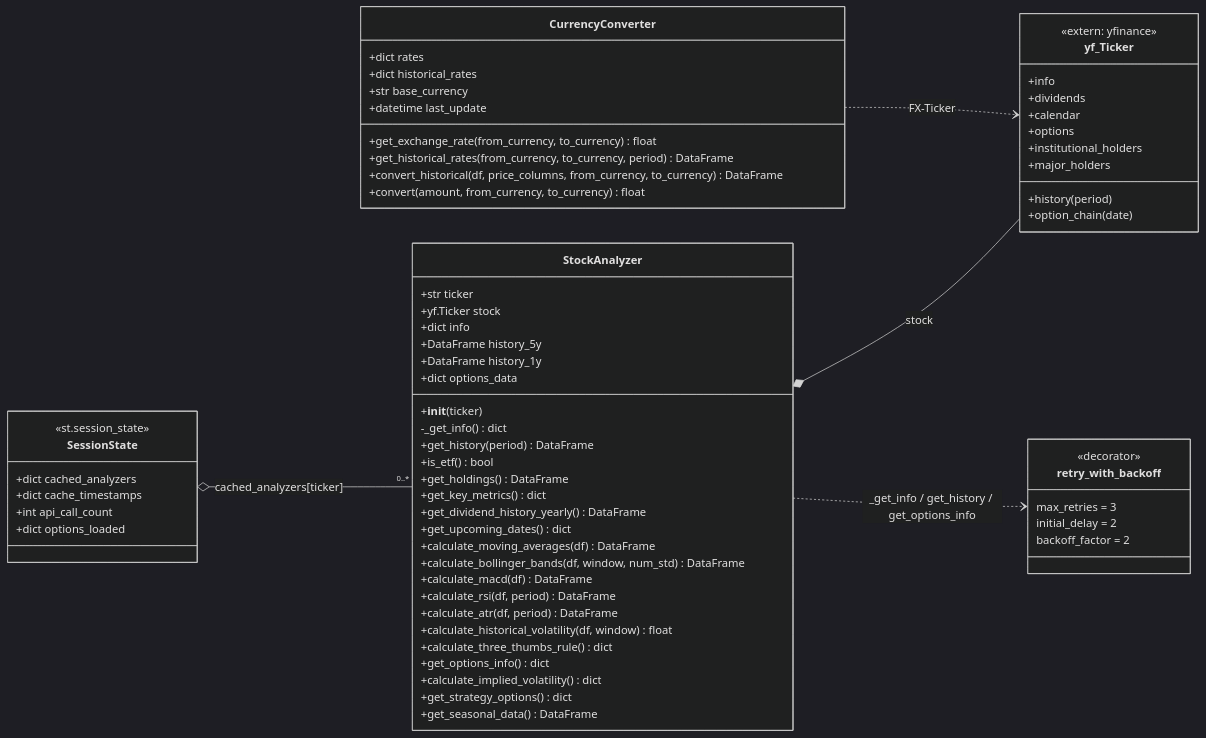
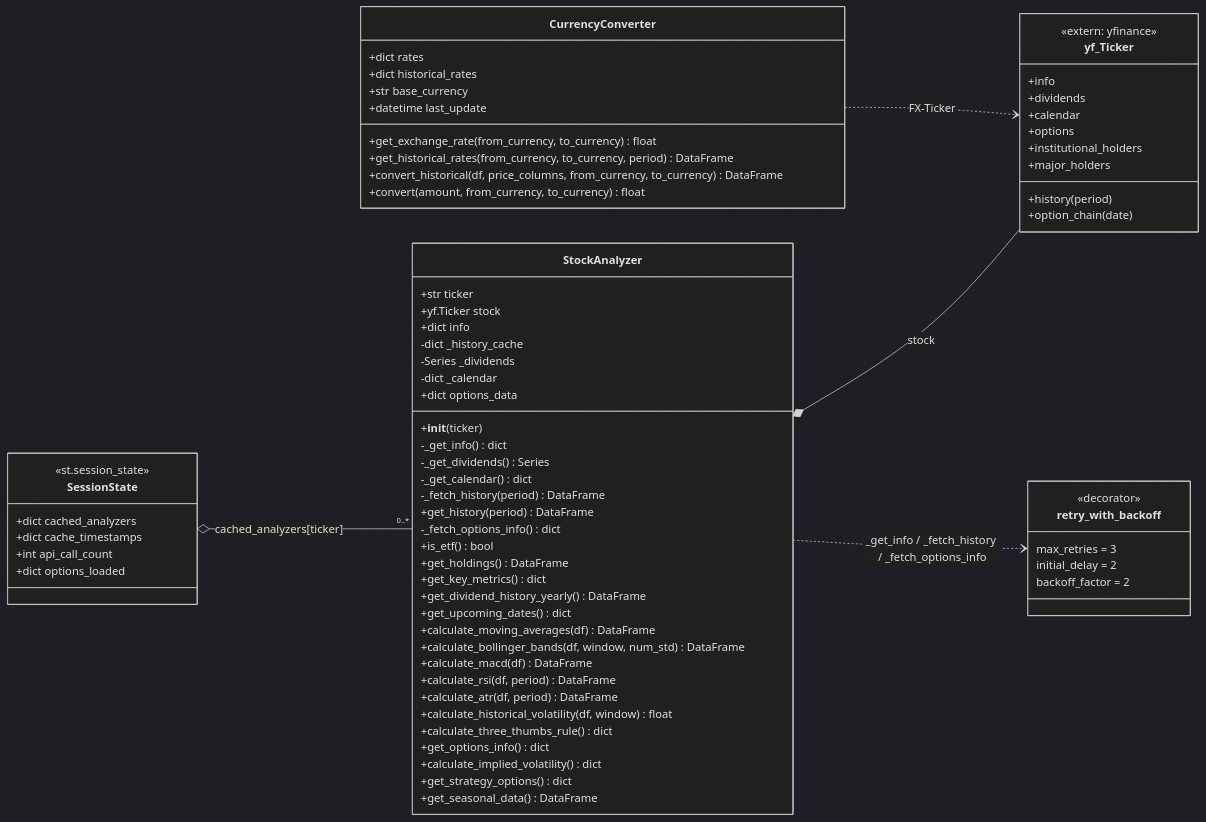
The first of 6 diagrams in docs/03_Klassen_und_Funktionsdiagramme.md (ernoe99/Aktienanalyse_1), drawn with Mermaid (dark theme) before and after one commit. The commit also changed other lines of this file and 6 other files, not shown here.

````diff
--- a/docs/03_Klassen_und_Funktionsdiagramme.md
+++ b/docs/03_Klassen_und_Funktionsdiagramme.md
@@ -5,75 +5,80 @@
 ```mermaid
 classDiagram
     direction LR
 
     class CurrencyConverter {
         +dict rates
         +dict historical_rates
         +str base_currency
         +datetime last_update
         +get_exchange_rate(from_currency, to_currency) float
         +get_historical_rates(from_currency, to_currency, period) DataFrame
         +convert_historical(df, price_columns, from_currency, to_currency) DataFrame
         +convert(amount, from_currency, to_currency) float
     }
 
     class StockAnalyzer {
         +str ticker
         +yf.Ticker stock
         +dict info
-        +DataFrame history_5y
-        +DataFrame history_1y
+        -dict _history_cache
+        -Series _dividends
+        -dict _calendar
         +dict options_data
         +__init__(ticker)
         -_get_info() dict
+        -_get_dividends() Series
+        -_get_calendar() dict
+        -_fetch_history(period) DataFrame
         +get_history(period) DataFrame
+        -_fetch_options_info() dict
         +is_etf() bool
         +get_holdings() DataFrame
         +get_key_metrics() dict
         +get_dividend_history_yearly() DataFrame
         +get_upcoming_dates() dict
         +calculate_moving_averages(df) DataFrame
         +calculate_bollinger_bands(df, window, num_std) DataFrame
         +calculate_macd(df) DataFrame
         +calculate_rsi(df, period) DataFrame
         +calculate_atr(df, period) DataFrame
         +calculate_historical_volatility(df, window) float
         +calculate_three_thumbs_rule() dict
         +get_options_info() dict
         +calculate_implied_volatility() dict
         +get_strategy_options() dict
         +get_seasonal_data() DataFrame
     }
 
     class yf_Ticker {
         <<extern: yfinance>>
         +info
         +history(period)
         +dividends
         +calendar
         +options
         +option_chain(date)
         +institutional_holders
         +major_holders
     }
 
     class retry_with_backoff {
         <<decorator>>
         max_retries = 3
         initial_delay = 2
         backoff_factor = 2
     }
 
     class SessionState {
         <<st.session_state>>
         +dict cached_analyzers
         +dict cache_timestamps
         +int api_call_count
         +dict options_loaded
     }
 
     StockAnalyzer *-- yf_Ticker : stock
     CurrencyConverter ..> yf_Ticker : FX-Ticker
-    StockAnalyzer ..> retry_with_backoff : _get_info / get_history / get_options_info
+    StockAnalyzer ..> retry_with_backoff : _get_info / _fetch_history / _fetch_options_info
     SessionState o-- "0..*" StockAnalyzer : cached_analyzers[ticker]
 ```
````
